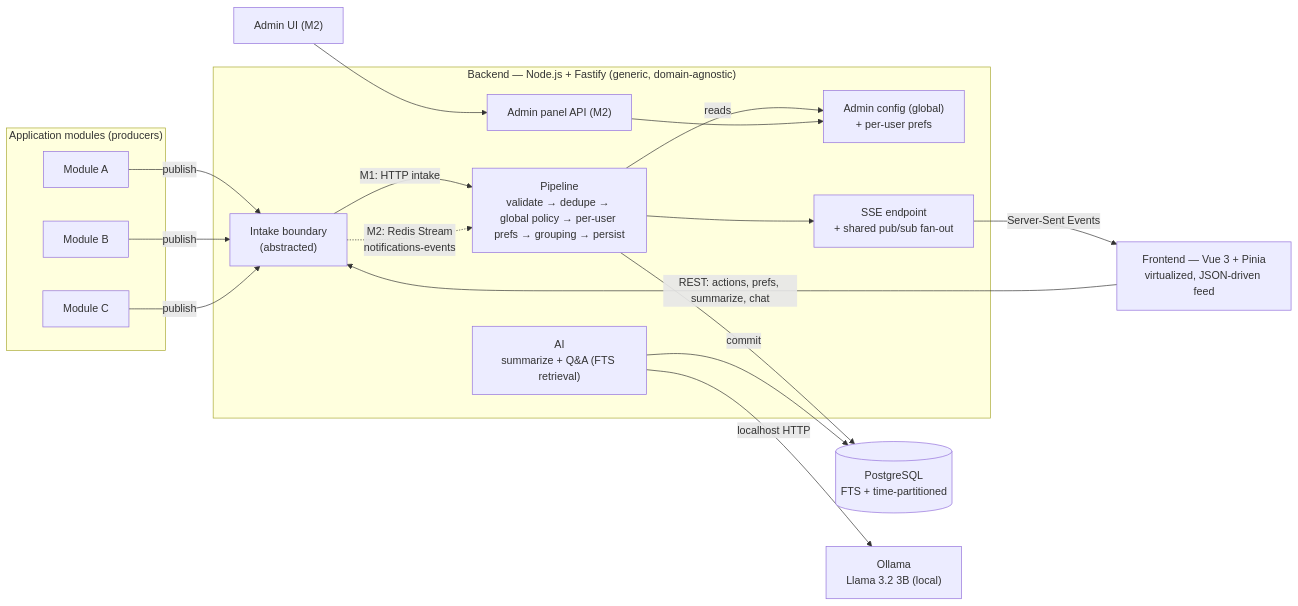
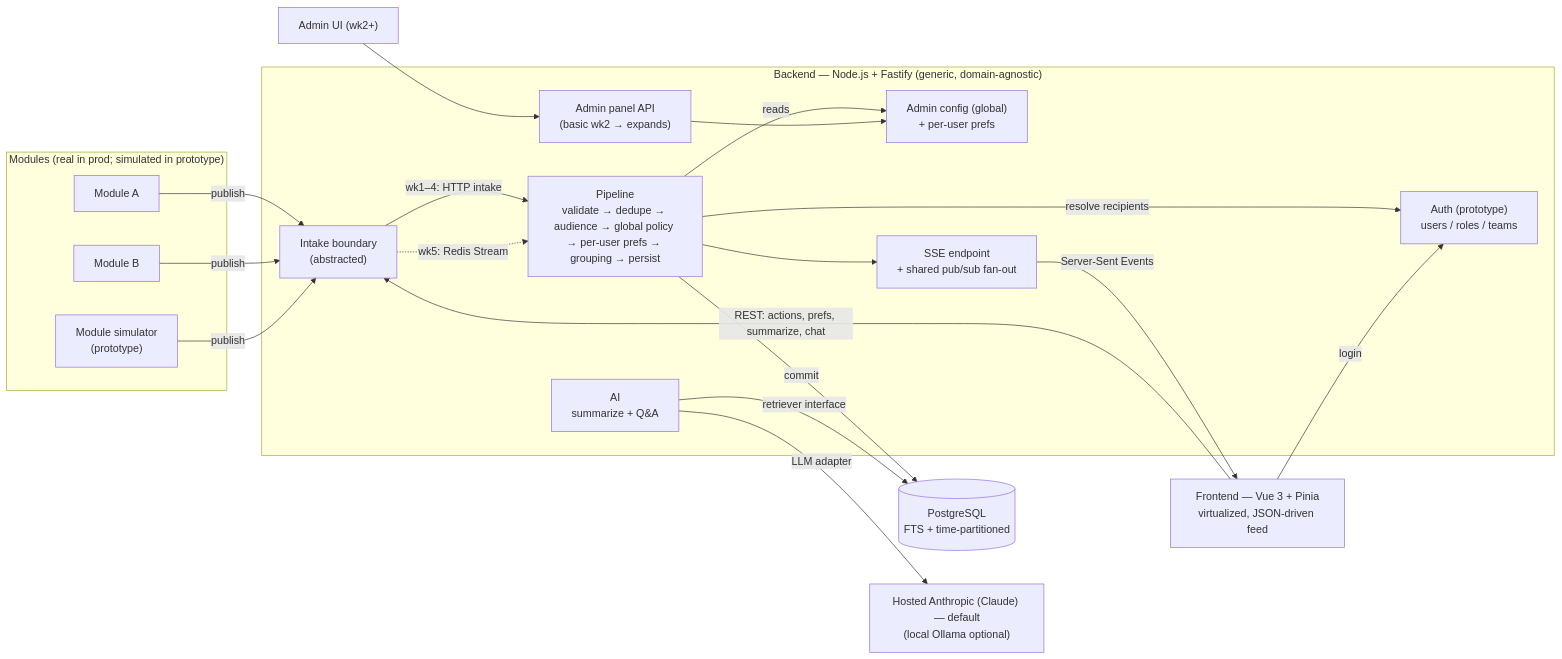
One commit to SohaibShah/centralized-notifications changed the first of 6 diagrams in docs/architecture.md. Above: the diagram before and after it, drawn with Mermaid. The commit also changed other lines of this file and 5 other files, not shown here.

First line of the commit message:
docs: revise SRS v1.3 (per-team/role, roadmap, prototype auth) + add implementation plan

````diff
--- a/docs/architecture.md
+++ b/docs/architecture.md
@@ -182,26 +197,29 @@
 ```mermaid
 flowchart LR
-  subgraph Producers["Application modules (producers)"]
+  subgraph Producers["Modules (real in prod; simulated in prototype)"]
     M1[Module A]
     M2[Module B]
-    M3[Module C]
+    SIM["Module simulator<br/>(prototype)"]
   end
-  M1 & M2 & M3 -->|publish| INTK["Intake boundary<br/>(abstracted)"]
+  M1 & M2 & SIM -->|publish| INTK["Intake boundary<br/>(abstracted)"]
   subgraph Backend["Backend — Node.js + Fastify (generic, domain-agnostic)"]
-    INTK -->|M1: HTTP intake| PIPE
-    INTK -.->|M2: Redis Stream<br/>notifications-events| PIPE
-    PIPE["Pipeline<br/>validate → dedupe → global policy → per-user prefs → grouping → persist"]
+    INTK -->|wk1–4: HTTP intake| PIPE
+    INTK -.->|wk5: Redis Stream| PIPE
+    PIPE["Pipeline<br/>validate → dedupe → audience → global policy → per-user prefs → grouping → persist"]
     PIPE -->|reads| CFG["Admin config (global)<br/>+ per-user prefs"]
-    AI["AI<br/>summarize + Q&A (FTS retrieval)"]
+    AUTH["Auth (prototype)<br/>users / roles / teams"]
+    AI["AI<br/>summarize + Q&A"]
     SSE["SSE endpoint<br/>+ shared pub/sub fan-out"]
-    ADMIN["Admin panel API (M2)"]
+    ADMIN["Admin panel API<br/>(basic wk2 → expands)"]
     PIPE --> SSE
     ADMIN --> CFG
+    PIPE -->|resolve recipients| AUTH
   end
   PIPE -->|commit| PG[("PostgreSQL<br/>FTS + time-partitioned")]
-  AI --> PG
-  AI -->|localhost HTTP| OLL["Ollama<br/>Llama 3.2 3B (local)"]
+  AI -->|retriever interface| PG
+  AI -->|LLM adapter| LLM["Hosted Anthropic (Claude) — default<br/>(local Ollama optional)"]
   SSE -->|Server-Sent Events| FE["Frontend — Vue 3 + Pinia<br/>virtualized, JSON-driven feed"]
+  FE -->|login| AUTH
   FE -->|REST: actions, prefs, summarize, chat| INTK
-  ADMINUI["Admin UI (M2)"] --> ADMIN
+  ADMINUI["Admin UI (wk2+)"] --> ADMIN
 ```
````
